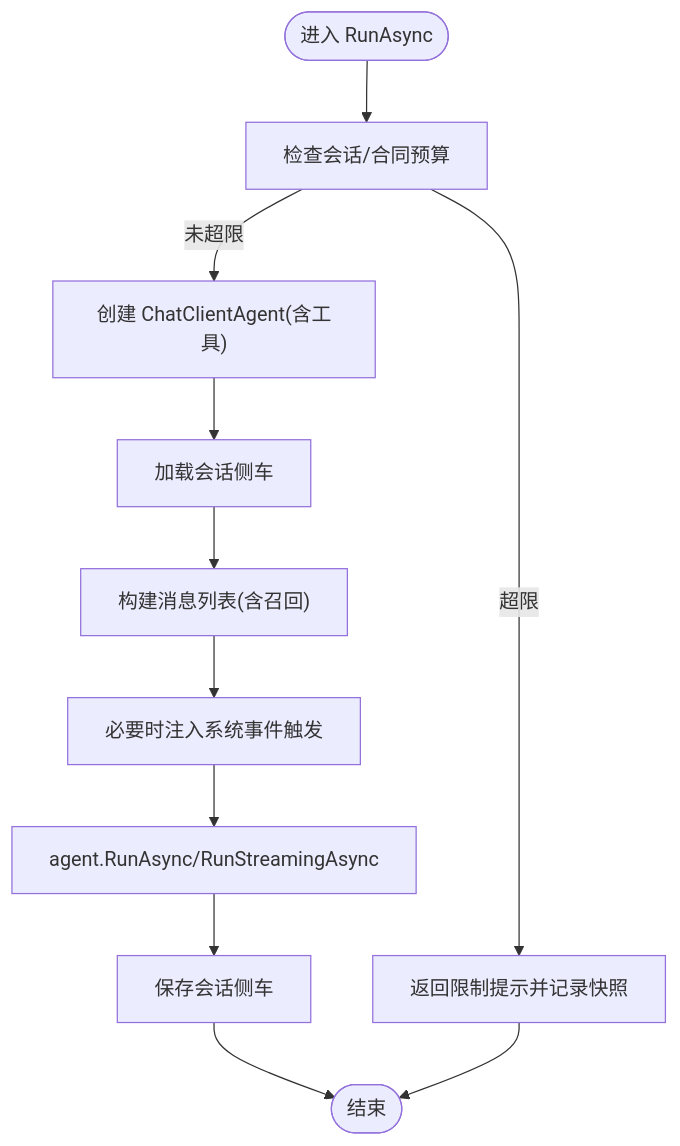
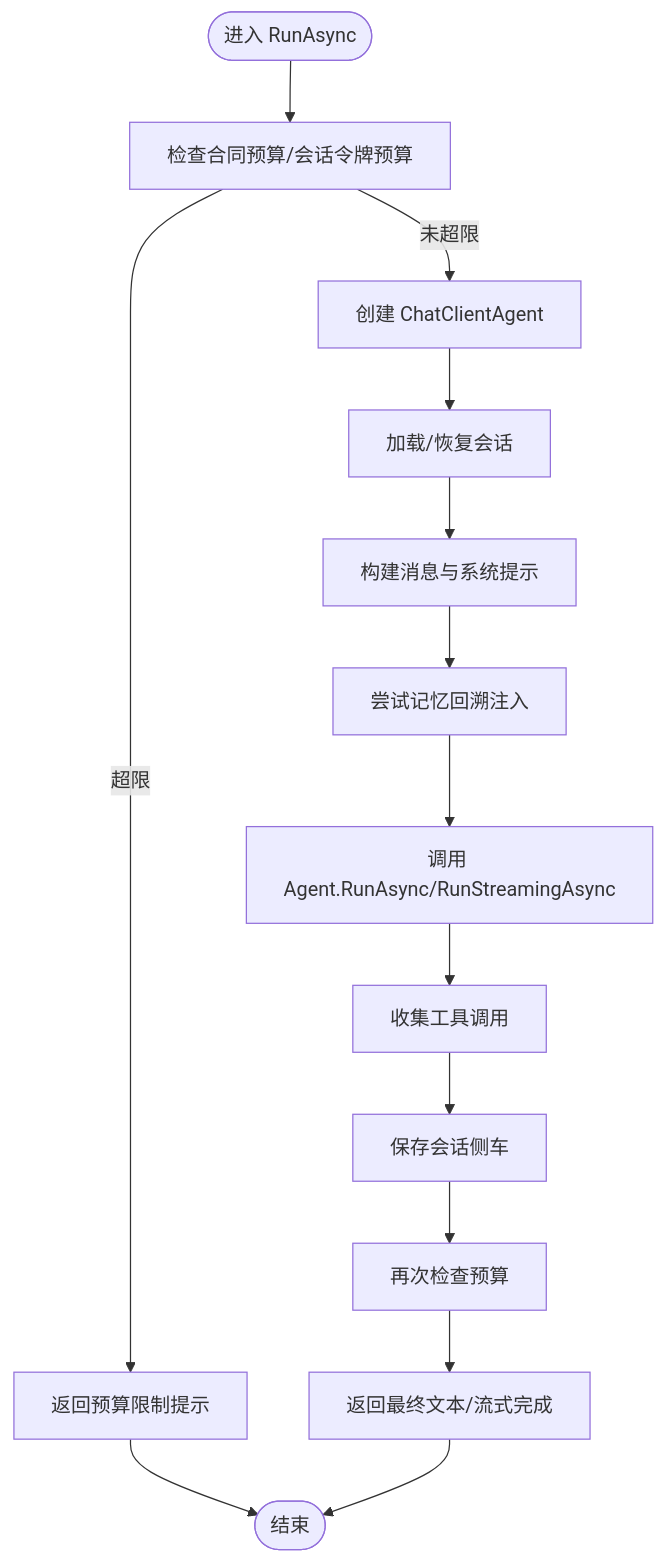
Before and after one commit to wayyet/kingcrab: the third of 6 diagrams in .qoder/repowiki/zh/content/代理运行时/代理运行时.md, drawn with Mermaid. The commit also changed other lines of this file and 431 other files, not shown here.

````diff
--- a/.qoder/repowiki/zh/content/代理运行时/代理运行时.md
+++ b/.qoder/repowiki/zh/content/代理运行时/代理运行时.md
@@ -169,13 +185,15 @@
 ```mermaid
 flowchart TD
-Start(["进入 RunAsync"]) --> CheckBudget["检查会话/合同预算"]
-CheckBudget --> |超限| Reject["返回限制提示并记录快照"]
-CheckBudget --> |未超限| CreateAgent["创建 ChatClientAgent(含工具)"]
-CreateAgent --> LoadSession["加载会话侧车"]
-LoadSession --> BuildMsg["构建消息列表(含召回)"]
-BuildMsg --> InjectSys["必要时注入系统事件触发"]
-InjectSys --> RunAgent["agent.RunAsync/RunStreamingAsync"]
-RunAgent --> SaveSession["保存会话侧车"]
-SaveSession --> End(["结束"])
-Reject --> End
+Start(["进入 RunAsync"]) --> BudgetCheck["检查合同预算/会话令牌预算"]
+BudgetCheck --> |未超限| CreateAgent["创建 ChatClientAgent"]
+BudgetCheck --> |超限| ReturnBudget["返回预算限制提示"] --> End
+CreateAgent --> LoadSession["加载/恢复会话"]
+LoadSession --> BuildMsg["构建消息与系统提示"]
+BuildMsg --> Recall["尝试记忆回溯注入"]
+Recall --> RunAgent["调用 Agent.RunAsync/RunStreamingAsync"]
+RunAgent --> CollectTools["收集工具调用"]
+CollectTools --> SaveSession["保存会话侧车"]
+SaveSession --> PostBudget["再次检查预算"]
+PostBudget --> ReturnText["返回最终文本/流式完成"]
+ReturnText --> End(["结束"])
 ```
````
